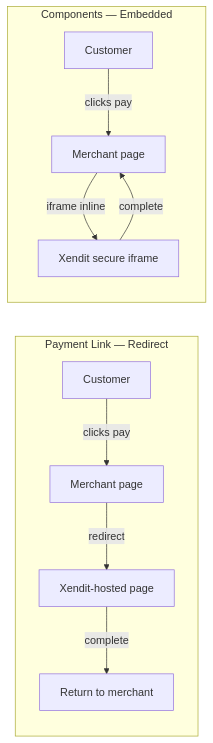
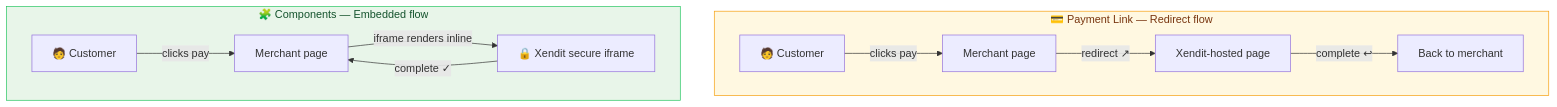
The diagram in content/03-integration-compared.md (sabiqovsky/clm-components-guide), drawn with Mermaid before and after one commit. The commit also changed 10 other files, not shown here.

First line of the commit message:
fix: overhaul all Mermaid diagrams for WCAG contrast and readability

````diff
--- a/content/03-integration-compared.md
+++ b/content/03-integration-compared.md
@@ -17,14 +17,19 @@
 ```mermaid
-flowchart LR
-    subgraph PL["Payment Link — Redirect"]
-        A1[Customer] -->|clicks pay| B1[Merchant page]
-        B1 -->|redirect| C1[Xendit-hosted page]
-        C1 -->|complete| D1[Return to merchant]
+flowchart TD
+    subgraph PL["💳 Payment Link — Redirect flow"]
+        direction LR
+        A1["🧑 Customer"] -->|"clicks pay"| B1["Merchant page"]
+        B1 -->|"redirect ↗"| C1["Xendit-hosted page"]
+        C1 -->|"complete ↩"| D1["Back to merchant"]
     end
 
-    subgraph CO["Components — Embedded"]
-        A2[Customer] -->|clicks pay| B2[Merchant page]
-        B2 -->|iframe inline| C2[Xendit secure iframe]
-        C2 -->|complete| B2
+    subgraph CO["🧩 Components — Embedded flow"]
+        direction LR
+        A2["🧑 Customer"] -->|"clicks pay"| B2["Merchant page"]
+        B2 -->|"iframe renders inline"| C2["🔒 Xendit secure iframe"]
+        C2 -->|"complete ✓"| B2
     end
+
+    style PL fill:#fff8e1,stroke:#f59e0b,color:#78350f
+    style CO fill:#e8f5e9,stroke:#22c55e,color:#14532d
 ```
````
